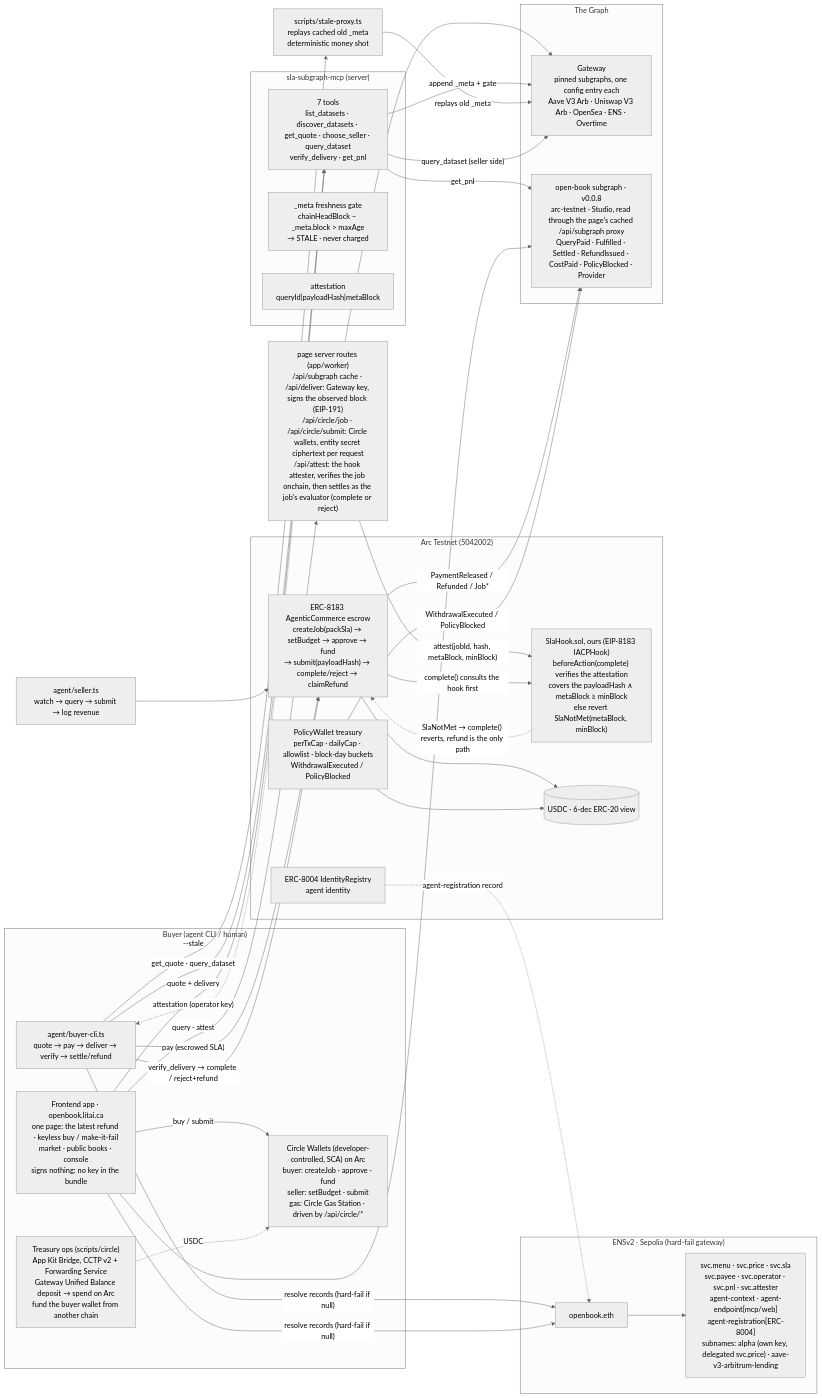
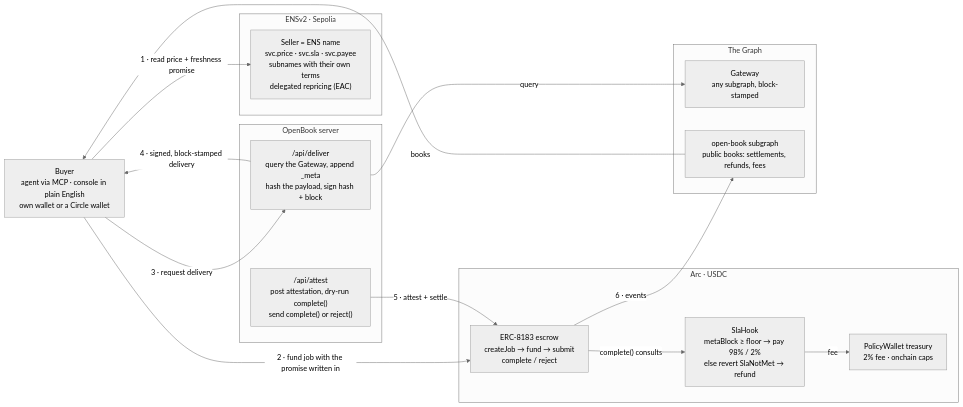
Before and after one commit to Aliserag/OpenBook: the diagram in docs/architecture.md, drawn with Mermaid (neutral theme). The commit also changed other lines of this file and 4 other files, not shown here.

Commit message:
docs: README rewritten around the demo, readable architecture diagram; fix missing bun:test import in circle.test.ts

````diff
--- a/docs/architecture.md
+++ b/docs/architecture.md
@@ -12,64 +14,35 @@
 ```mermaid
 flowchart LR
-    subgraph BuyerSide["Buyer (agent CLI / human)"]
-        BC[agent/buyer-cli.ts<br/>quote → pay → deliver → verify → settle/refund]
-        FE[Frontend app · openbook.litai.ca<br/>one page: the latest refund · keyless buy / make-it-fail<br/>market · public books · console<br/>signs nothing: no key in the bundle]
-        CW["Circle Wallets (developer-controlled, SCA) on Arc<br/>buyer: createJob · approve · fund<br/>seller: setBudget · submit<br/>gas: Circle Gas Station · driven by /api/circle/*"]
-        FE -->|"buy / submit"| CW
-        TR["Treasury ops (scripts/circle)<br/>App Kit Bridge, CCTP v2 + Forwarding Service<br/>Gateway Unified Balance deposit → spend on Arc<br/>fund the buyer wallet from another chain"]
-        TR -.->|"USDC"| CW
+    B["Buyer<br/>agent via MCP · console in plain English<br/>own wallet or a Circle wallet"]
+
+    subgraph ENS["ENSv2 · Sepolia"]
+        N["Seller = ENS name<br/>svc.price · svc.sla · svc.payee<br/>subnames with their own terms<br/>delegated repricing (EAC)"]
     end
 
-    subgraph ENSv2["ENSv2 · Sepolia (hard-fail gateway)"]
-        NAME[openbook.eth]
-        RECS["svc.menu · svc.price · svc.sla<br/>svc.payee · svc.operator · svc.pnl · svc.attester<br/>agent-context · agent-endpoint[mcp/web]<br/>agent-registration[ERC-8004]<br/>subnames: alpha (own key, delegated svc.price) · aave-v3-arbitrum-lending"]
-        NAME --> RECS
+    subgraph SRV["OpenBook server"]
+        D["/api/deliver<br/>query the Gateway, append _meta<br/>hash the payload, sign hash + block"]
+        A["/api/attest<br/>post attestation, dry-run complete()<br/>send complete() or reject()"]
     end
 
-    subgraph Arc["Arc Testnet (5042002)"]
-        J["ERC-8183 AgenticCommerce escrow<br/>createJob(packSla) → setBudget → approve → fund<br/>→ submit(payloadHash) → complete/reject → claimRefund"]
-        HOOK["SlaHook.sol, ours (EIP-8183 IACPHook)<br/>beforeAction(complete) verifies the attestation<br/>covers the payloadHash ∧ metaBlock ≥ minBlock<br/>else revert SlaNotMet(metaBlock, minBlock)"]
-        W["PolicyWallet treasury<br/>perTxCap · dailyCap · allowlist · block-day buckets<br/>WithdrawalExecuted / PolicyBlocked"]
-        ID["ERC-8004 IdentityRegistry<br/>agent identity"]
-        USDC[(USDC · 6-dec ERC-20 view)]
+    subgraph ARC["Arc · USDC"]
+        E["ERC-8183 escrow<br/>createJob → fund → submit<br/>complete / reject"]
+        H["SlaHook<br/>metaBlock ≥ floor → pay 98% / 2%<br/>else revert SlaNotMet → refund"]
+        T["PolicyWallet treasury<br/>2% fee · onchain caps"]
     end
 
-    subgraph MCP["sla-subgraph-mcp (server)"]
-        S["7 tools<br/>list_datasets · discover_datasets · get_quote · choose_seller · query_dataset<br/>verify_delivery · get_pnl"]
-        GATE["_meta freshness gate<br/>chainHeadBlock − _meta.block > maxAge<br/>→ STALE · never charged"]
-        SIGN["attestation<br/>queryId|payloadHash|metaBlock"]
+    subgraph GRAPH["The Graph"]
+        G["Gateway<br/>any subgraph, block-stamped"]
+        K["open-book subgraph<br/>public books: settlements, refunds, fees"]
     end
 
-    subgraph Graph["The Graph"]
-        GW[Gateway<br/>pinned subgraphs, one config entry each<br/>Aave V3 Arb · Uniswap V3 Arb · OpenSea · ENS · Overtime]
-        PNL[open-book subgraph · v0.0.8<br/>arc-testnet · Studio, read through the page's cached /api/subgraph proxy<br/>QueryPaid · Fulfilled · Settled · RefundIssued · CostPaid · PolicyBlocked · Provider]
-    end
-
-    SP[scripts/stale-proxy.ts<br/>replays cached old _meta<br/>deterministic money shot]
-    API["page server routes (app/worker)<br/>/api/subgraph cache · /api/deliver: Gateway key, signs the observed block (EIP-191)<br/>/api/circle/job · /api/circle/submit: Circle wallets, entity secret ciphertext per request<br/>/api/attest: the hook attester, verifies the job onchain, then settles as the job's evaluator (complete or reject)"]
-    FE -->|"query · attest"| API
-    API --> GW
-    API -->|"attest(jobId, hash, metaBlock, minBlock)"| HOOK
-
-    BC -->|"resolve records (hard-fail if null)"| NAME
-    FE -->|"resolve records (hard-fail if null)"| NAME
-    BC -->|"get_quote · query_dataset"| S
-    FE -->|"quote + delivery"| S
-    S -->|"append _meta + gate"| GW
-    BC -->|"--stale"| SP
-    SP -->|"replays old _meta"| GW
-    BC -->|"pay (escrowed SLA)"| J
-    S -->|"query_dataset (seller side)"| GW
-    SEL[agent/seller.ts<br/>watch → query → submit → log revenue] --> J
-    BC -->|"verify_delivery → complete / reject+refund"| J
-    J -->|"complete() consults the hook first"| HOOK
-    HOOK -.->|"SlaNotMet → complete() reverts, refund is the only path"| J
-    J --> USDC
-    J -->|"PaymentReleased / Refunded / Job*"| PNL
-    W --> USDC
-    W -->|"WithdrawalExecuted / PolicyBlocked"| PNL
-    S -->|"get_pnl"| PNL
-    FE --> PNL
-    ID -.->|"agent-registration record"| NAME
-    S -.->|"attestation (operator key)"| BC
+    B -->|"1 · read price + freshness promise"| N
+    B -->|"2 · fund job with the promise written in"| E
+    B -->|"3 · request delivery"| D
+    D -->|"query"| G
+    D -->|"4 · signed, block-stamped delivery"| B
+    A -->|"5 · attest + settle"| E
+    E -->|"complete() consults"| H
+    H -->|"fee"| T
+    E -->|"6 · events"| K
+    K -->|"books"| B
 ```
````
